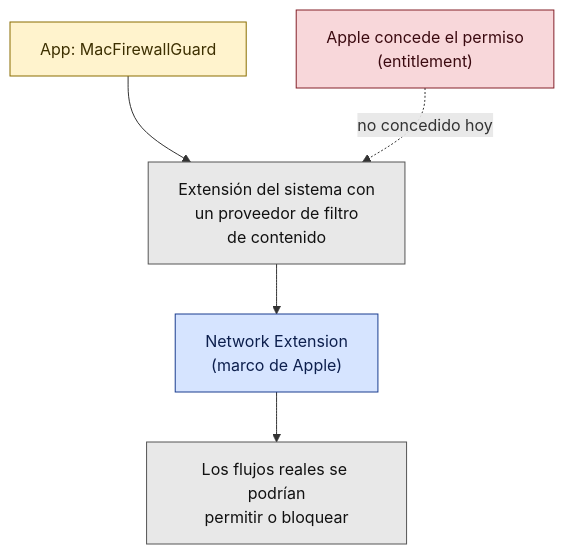
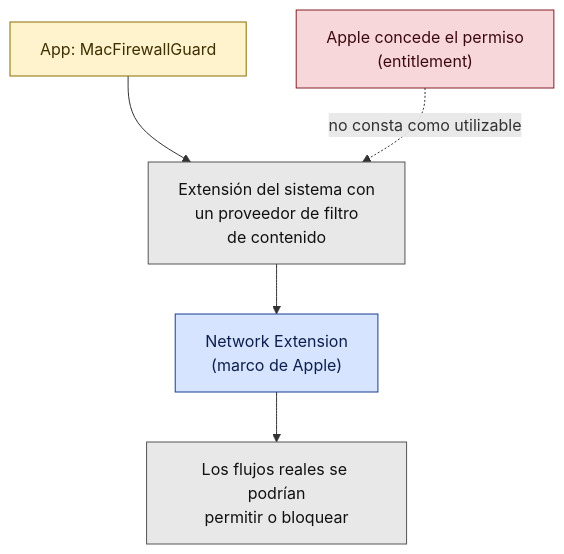
Before and after one commit to MacGuard/macguard-yara-channel: the diagram in docs/wiki/diagrams/networkext-gap.es.mmd, drawn with Mermaid. The commit also changed 25 other files, not shown here.

```diff
--- a/docs/wiki/diagrams/networkext-gap.es.mmd
+++ b/docs/wiki/diagrams/networkext-gap.es.mmd
@@ -1,9 +1,9 @@
 flowchart TB
   APP["App: MacFirewallGuard"]:::dev --> SE["Extensión del sistema con<br/>un proveedor de filtro<br/>de contenido"]:::plan
   SE --> NE["Network Extension<br/>(marco de Apple)"]:::ext
-  APPLE["Apple concede el permiso<br/>(entitlement)"]:::blocked -. "no concedido hoy" .-> SE
+  APPLE["Apple concede el permiso<br/>(entitlement)"]:::blocked -. "no consta como utilizable" .-> SE
   NE --> FL["Los flujos reales se podrían<br/>permitir o bloquear"]:::plan
   classDef dev fill:#fff3cd,stroke:#8a6d00,color:#3d2f00
   classDef plan fill:#e8e8e8,stroke:#555555,color:#111111
   classDef ext fill:#d6e4ff,stroke:#1a3d8f,color:#0d1f4d
   classDef blocked fill:#f8d7da,stroke:#842029,color:#3b0a10
```
